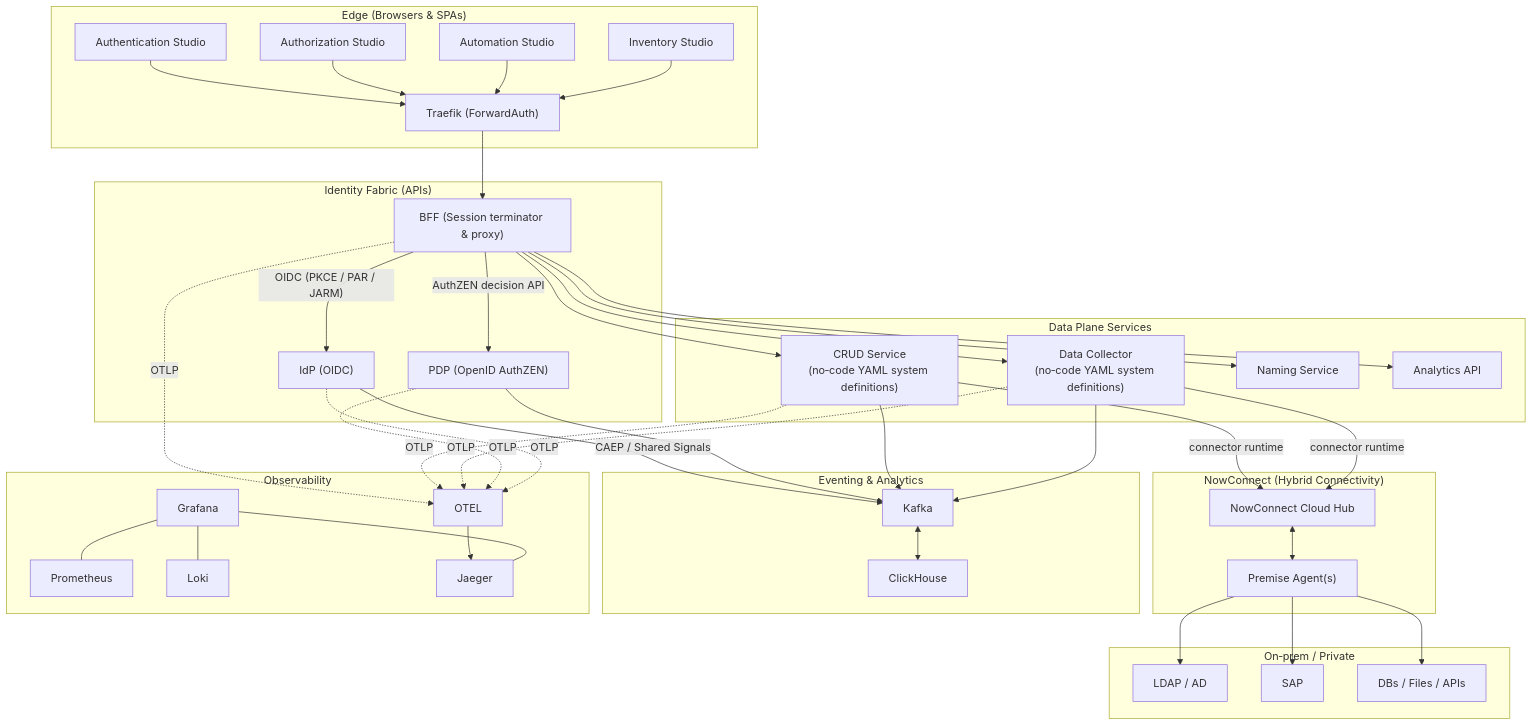
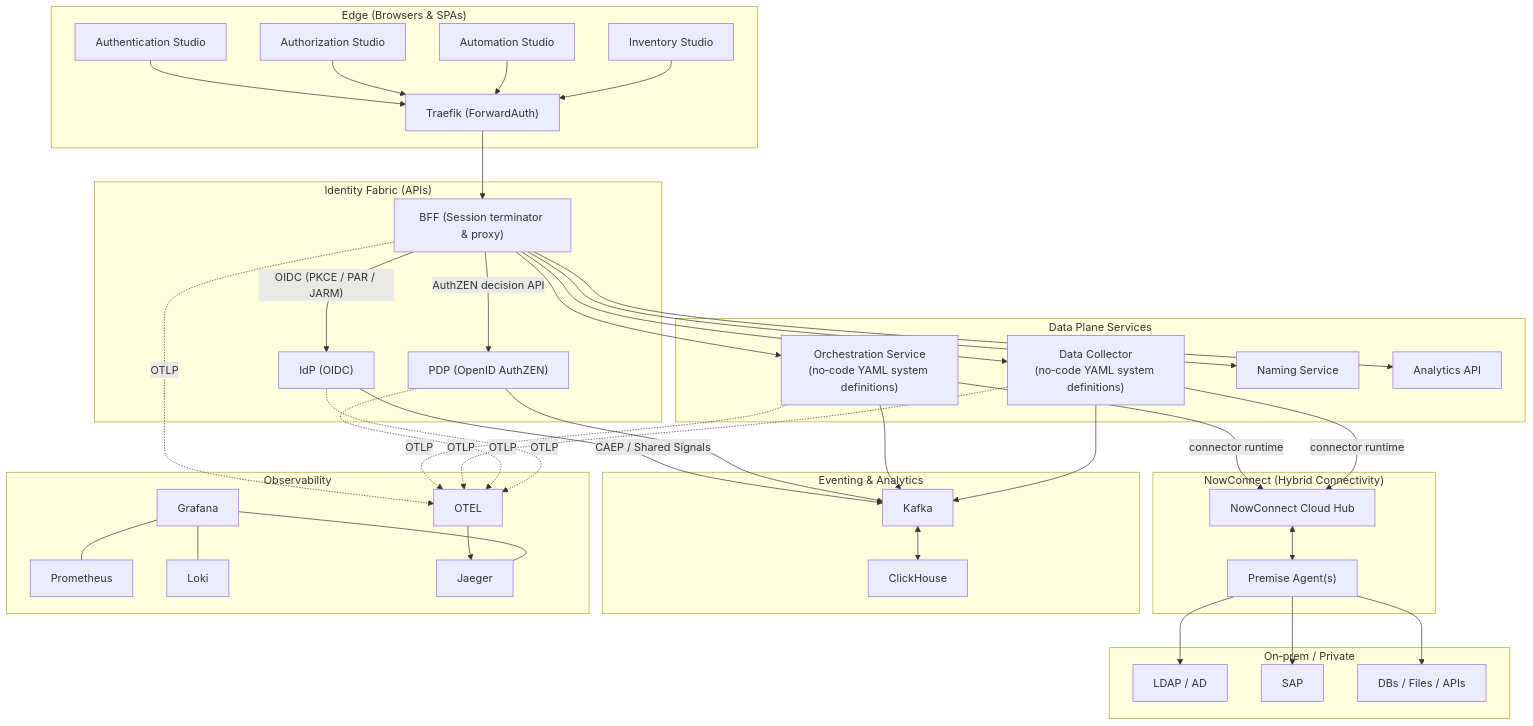
One commit to empowerID/empowernow_docs changed the second of 4 diagrams in docs/marketing/identity-fabric-standards.md. Above: the diagram before and after it, drawn with Mermaid. The commit also changed other lines of this file and 82 other files, not shown here.

````diff
--- a/docs/marketing/identity-fabric-standards.md
+++ b/docs/marketing/identity-fabric-standards.md
@@ -112,82 +112,82 @@
 ```mermaid
 flowchart TB
   %% Edge
   subgraph Edge["Edge (Browsers & SPAs)"]
     A1["Authentication Studio"]
     A2["Authorization Studio"]
     A3["Automation Studio"]
     A4["Inventory Studio"]
     TR["Traefik (ForwardAuth)"]
   end
   A1 --> TR
   A2 --> TR
   A3 --> TR
   A4 --> TR
 
   %% Control plane
   subgraph Control["Identity Fabric (APIs)"]
     BFF["BFF (Session terminator & proxy)"]
     IdP["IdP (OIDC)"]
     PDP["PDP (OpenID AuthZEN)"]
   end
   TR --> BFF
   BFF -- "OIDC (PKCE / PAR / JARM)" --> IdP
   BFF -- "AuthZEN decision API" --> PDP
 
   %% Data services
   subgraph Data["Data Plane Services"]
-    CRUD["CRUD Service\n(no‑code YAML system definitions)"]
+    CRUD["Orchestration Service\n(no‑code YAML system definitions)"]
     DC["Data Collector\n(no‑code YAML system definitions)"]
     NAM["Naming Service"]
     ANA["Analytics API"]
   end
   BFF --> CRUD
   BFF --> DC
   BFF --> NAM
   BFF --> ANA
 
   %% Connectivity
   subgraph NC["NowConnect (Hybrid Connectivity)"]
     NCC["NowConnect Cloud Hub"]
     NCP["Premise Agent(s)"]
   end
   subgraph OnPrem["On‑prem / Private"]
     LDAP["LDAP / AD"]
     SAP["SAP"]
     DB["DBs / Files / APIs"]
   end
   CRUD -- "connector runtime" --> NCC
   DC   -- "connector runtime" --> NCC
   NCC <--> NCP
   NCP --> LDAP
   NCP --> SAP
   NCP --> DB
 
   %% Events & observability
   subgraph Evt["Eventing & Analytics"]
     K["Kafka"]
     CH["ClickHouse"]
   end
   IdP -- "CAEP / Shared Signals" --> K
   PDP --> K
   CRUD --> K
   DC --> K
   K <--> CH
 
   subgraph Obs["Observability"]
     OTEL["OTEL"]
     PROM["Prometheus"]
     LOKI["Loki"]
     GRAF["Grafana"]
     JAEG["Jaeger"]
   end
   BFF -. "OTLP" .-> OTEL
   CRUD -. "OTLP" .-> OTEL
   DC   -. "OTLP" .-> OTEL
   PDP  -. "OTLP" .-> OTEL
   IdP  -. "OTLP" .-> OTEL
   OTEL --> JAEG
   GRAF --- PROM
   GRAF --- LOKI
   GRAF --- JAEG
 ```
````
